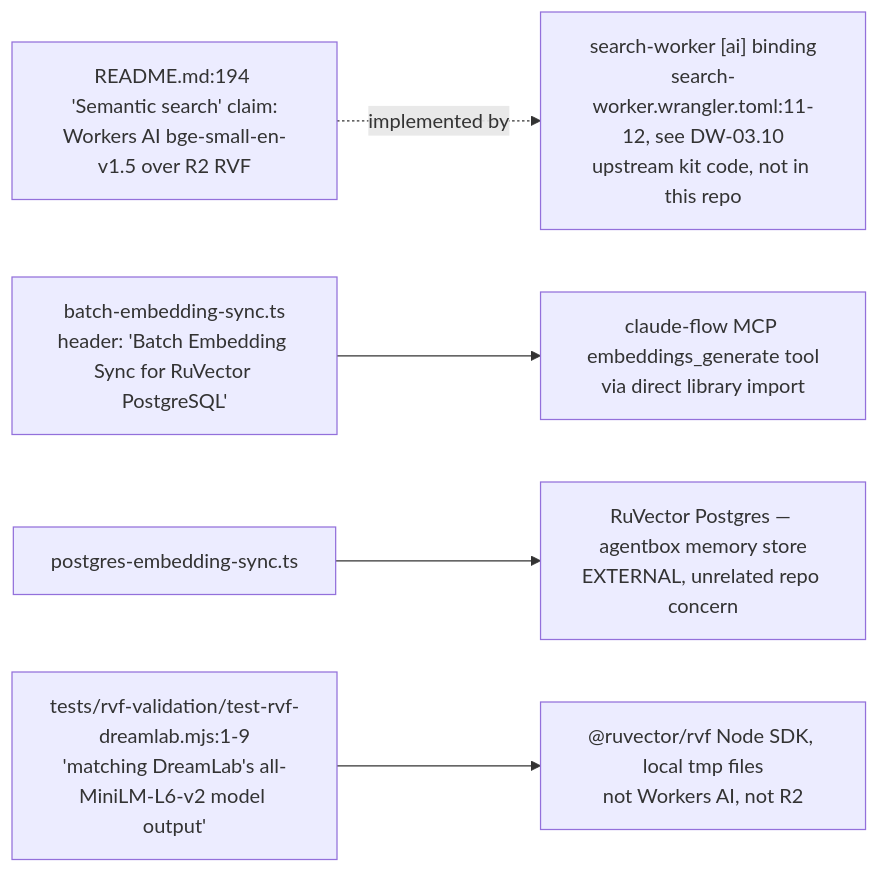
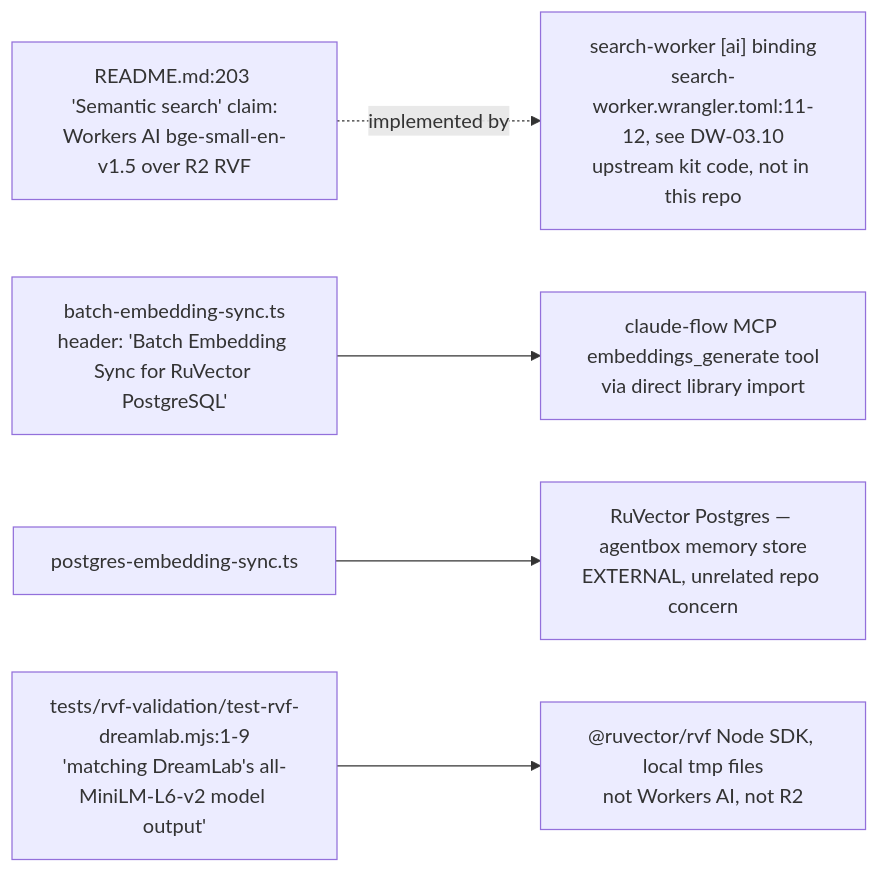
One commit to DreamLab-AI/VisionFlow changed the third of 5 diagrams in docs/diagrams/dreamlab-ai-website/07-forum-provisioning-and-seeding.md. Above: the diagram before and after it, drawn with Mermaid. The commit also changed other lines of this file and 136 other files, not shown here.

First line of the commit message:
docs(diagrams): refresh the whole corpus to code HEAD and prune low-value diagrams

````diff
--- a/docs/diagrams/dreamlab-ai-website/07-forum-provisioning-and-seeding.md
+++ b/docs/diagrams/dreamlab-ai-website/07-forum-provisioning-and-seeding.md
@@ -81,7 +69,7 @@
 ```mermaid
 flowchart LR
-    README["README.md:194 'Semantic search' claim:<br/>Workers AI bge-small-en-v1.5 over R2 RVF"] -.->|"implemented by"| KITWORKER["search-worker [ai] binding<br/>search-worker.wrangler.toml:11-12, see DW-03.10<br/>upstream kit code, not in this repo"]
+    README["README.md:203 'Semantic search' claim:<br/>Workers AI bge-small-en-v1.5 over R2 RVF"] -.->|"implemented by"| KITWORKER["search-worker [ai] binding<br/>search-worker.wrangler.toml:11-12, see DW-03.10<br/>upstream kit code, not in this repo"]
     BATCH["batch-embedding-sync.ts<br/>header: 'Batch Embedding Sync for RuVector PostgreSQL'"] --> MCP["claude-flow MCP embeddings_generate tool<br/>via direct library import"]
     PG["postgres-embedding-sync.ts"] --> RUVECTOR["RuVector Postgres — agentbox memory store<br/>EXTERNAL, unrelated repo concern"]
     RVFTEST["tests/rvf-validation/test-rvf-dreamlab.mjs:1-9<br/>'matching DreamLab's all-MiniLM-L6-v2 model output'"] --> RVFLIB["@ruvector/rvf Node SDK, local tmp files<br/>not Workers AI, not R2"]
 ```
````
